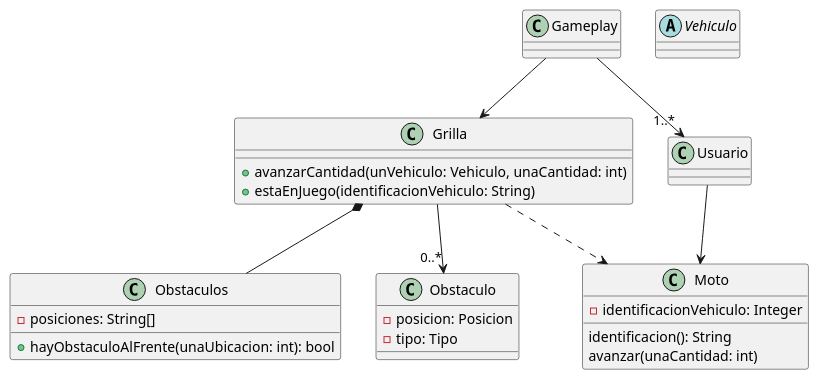
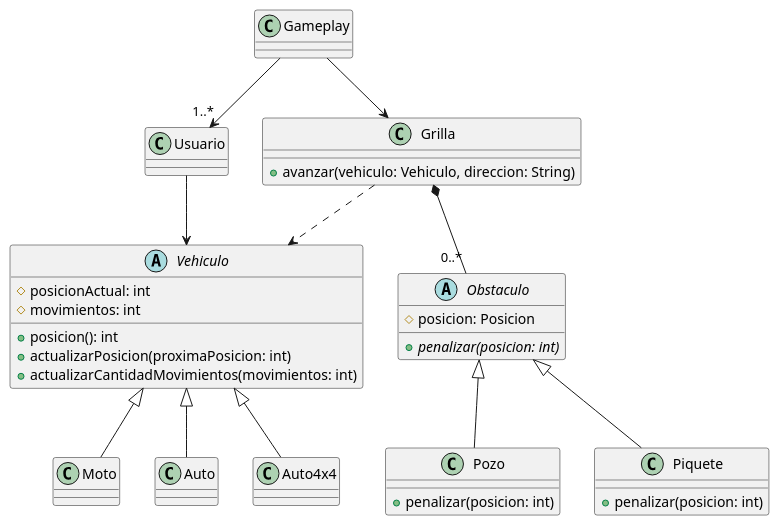
Before and after one commit to Dolo-pavon01/gpsChallenge: the diagram in diagrams/classes/dc.plantuml, drawn with PlantUML. The commit also changed 16 other files, not shown here.

```diff
--- a/diagrams/classes/dc.plantuml
+++ b/diagrams/classes/dc.plantuml
@@ -1,39 +1,47 @@
 @startuml
 
-/'
+class Gameplay {}
 
-'/
+class Grilla {
+    + avanzar(vehiculo: Vehiculo, direccion: String)
+}
 
-class Gameplay {}
-class Grilla {
-    + avanzarCantidad(unVehiculo: Vehiculo, unaCantidad: int)
-    + estaEnJuego(identificacionVehiculo: String)
-}
-class Obstaculos {
-    - posiciones: String[]
-    + hayObstaculoAlFrente(unaUbicacion: int): bool
-}
 class Usuario {}
 
-abstract class Vehiculo {}
-
-class Moto {
-    - identificacionVehiculo: Integer
-    identificacion(): String
-    avanzar(unaCantidad: int)
+abstract class Vehiculo {
+    # posicionActual: int
+    # movimientos: int
+    + posicion(): int
+    + actualizarPosicion(proximaPosicion: int)
+    + actualizarCantidadMovimientos(movimientos: int)
 }
 
-class Obstaculo {
-    - posicion: Posicion
-    - tipo: Tipo
+class Moto {}
 
+abstract class Obstaculo {
+    # posicion: Posicion
+    + {abstract} penalizar(posicion: int)
+}
+
+class Pozo {
+    + penalizar(posicion: int)
+}
+
+class Piquete {
+    + penalizar(posicion: int)
 }
 
 Gameplay --> Grilla
-Grilla *-- Obstaculos
+Usuario --> Vehiculo
+
 Gameplay --> "1..*" Usuario
-Usuario --> Moto
-Grilla ..> Moto
-Grilla --> "0..*" Obstaculo
+Grilla ..> Vehiculo
+Grilla *-- "0..*" Obstaculo
+Vehiculo <|-- Moto
+Vehiculo <|-- Auto
+Vehiculo <|-- Auto4x4
+
+Obstaculo <|-- Pozo
+Obstaculo <|-- Piquete
 
 @enduml
```
